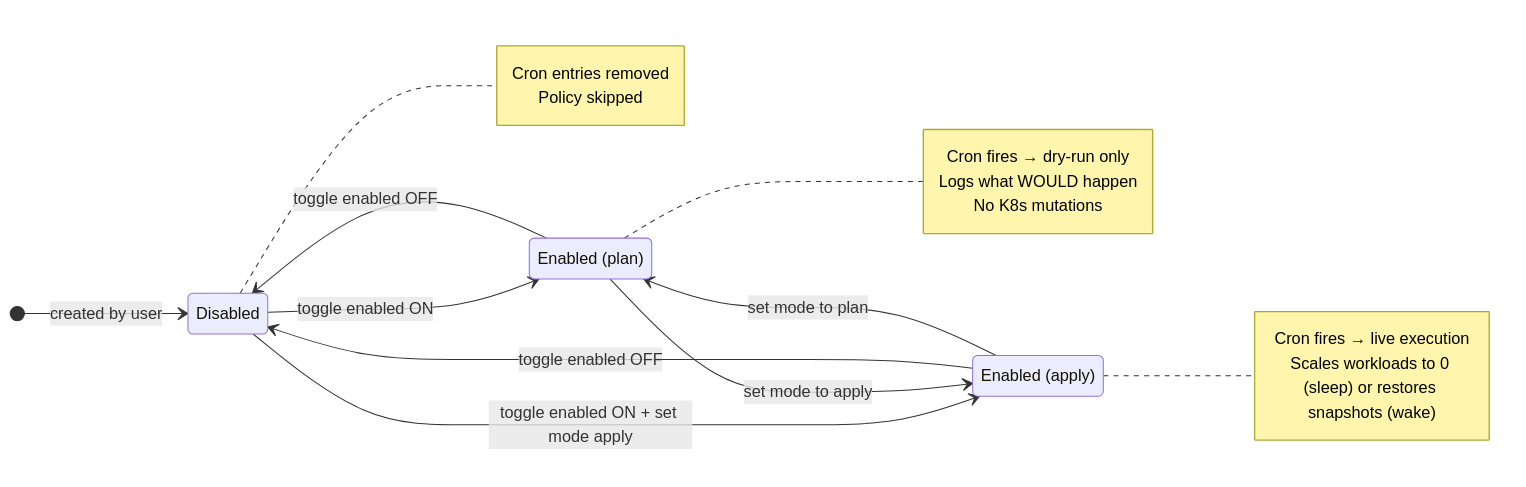
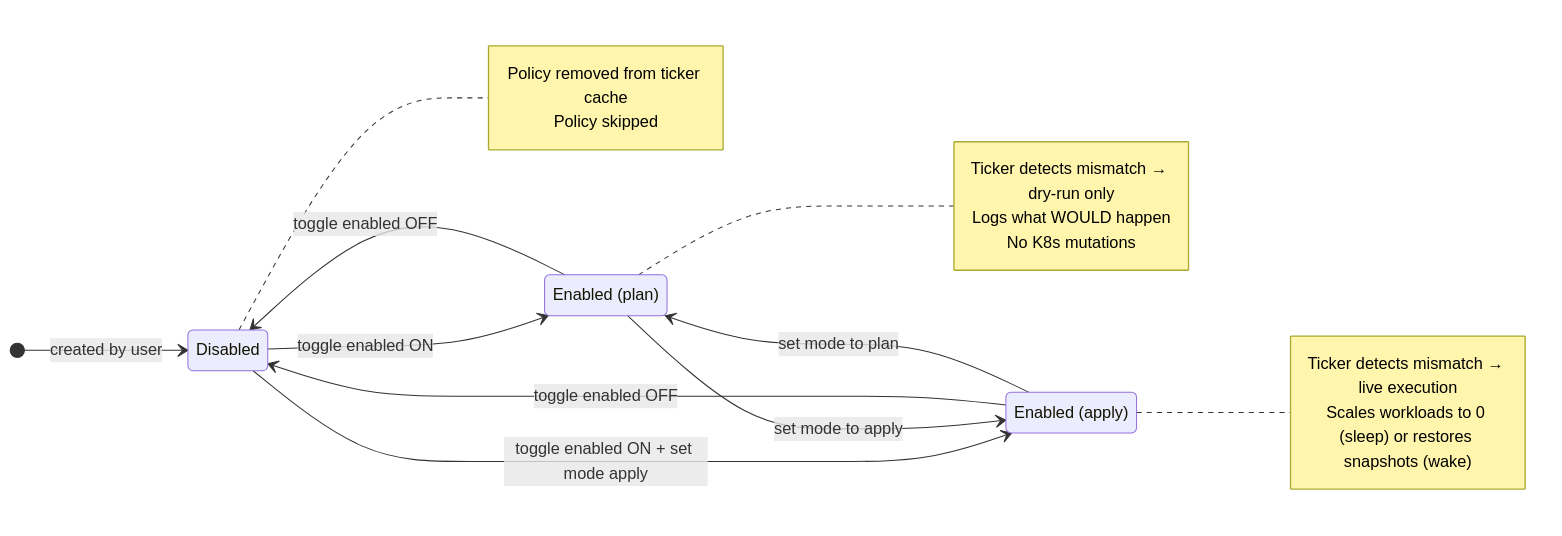
Before and after one commit to MacXsimilian/kube-phoenix: the ninth of 9 diagrams in ARCHITECTURE.md, drawn with Mermaid. The commit also changed other lines of this file and 8 other files, not shown here.

````diff
--- a/ARCHITECTURE.md
+++ b/ARCHITECTURE.md
@@ -2105,34 +2103,34 @@
 ```mermaid
 stateDiagram-v2
     direction LR
 
     state "Disabled" as dis
     state "Enabled (plan)" as plan
     state "Enabled (apply)" as apply
 
     [*] --> dis : created by user
 
     dis --> plan : toggle enabled ON
     dis --> apply : toggle enabled ON + set mode apply
     plan --> dis : toggle enabled OFF
     apply --> dis : toggle enabled OFF
 
     plan --> apply : set mode to apply
     apply --> plan : set mode to plan
 
     note right of plan
-        Cron fires → dry-run only
+        Ticker detects mismatch → dry-run only
         Logs what WOULD happen
         No K8s mutations
     end note
 
     note right of apply
-        Cron fires → live execution
+        Ticker detects mismatch → live execution
         Scales workloads to 0 (sleep) or restores snapshots (wake)
     end note
 
     note right of dis
-        Cron entries removed
+        Policy removed from ticker cache
         Policy skipped
     end note
 ```
````
